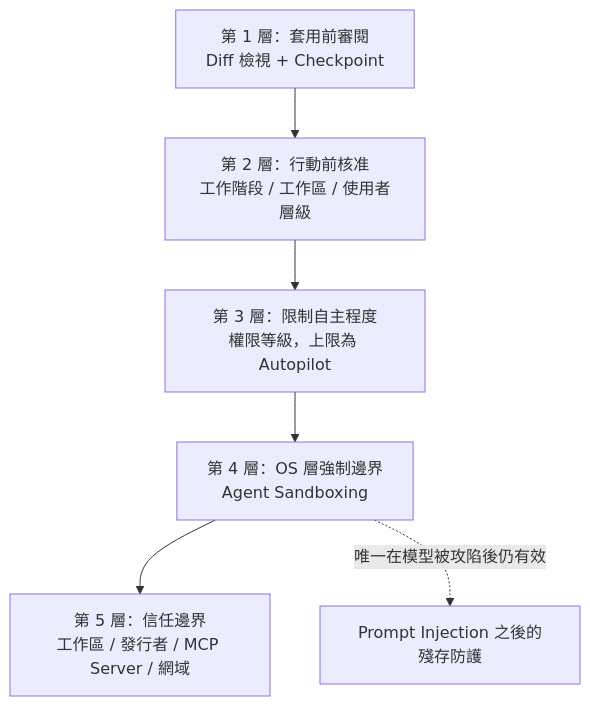
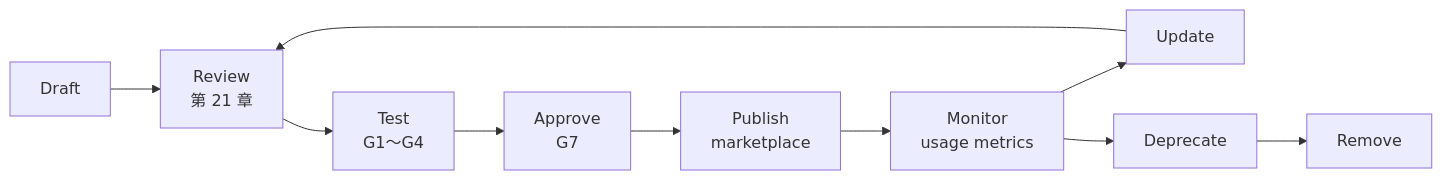
Diagram 16 of 18 in content/posts/教學/AI開發/awesome-copilot教學手冊.md (chihhung/Blog), drawn with Mermaid before and after one commit. The commit also changed other lines of this file and 1 other file, not shown here.

````diff
--- a/content/posts/教學/AI開發/awesome-copilot教學手冊.md
+++ b/content/posts/教學/AI開發/awesome-copilot教學手冊.md
@@ -3805,12 +4556,6 @@
 ```mermaid
-graph TB
-    L1["第 1 層：套用前審閱<br/>Diff 檢視 + Checkpoint"]
-    L2["第 2 層：行動前核准<br/>工作階段 / 工作區 / 使用者層級"]
-    L3["第 3 層：限制自主程度<br/>權限等級，上限為 Autopilot"]
-    L4["第 4 層：OS 層強制邊界<br/>Agent Sandboxing"]
-    L5["第 5 層：信任邊界<br/>工作區 / 發行者 / MCP Server / 網域"]
-
-    L1 --> L2 --> L3 --> L4 --> L5
-
-    L4 -.->|"唯一在模型被攻陷後仍有效"| NOTE["Prompt Injection 之後的殘存防護"]
+flowchart LR
+    D["Draft"] --> R["Review<br/>第 21 章"] --> T["Test<br/>G1～G4"] --> A["Approve<br/>G7"] --> P["Publish<br/>marketplace"] --> M["Monitor<br/>usage metrics"]
+    M --> U["Update"] --> R
+    M --> X["Deprecate"] --> RM["Remove"]
 ```
````
